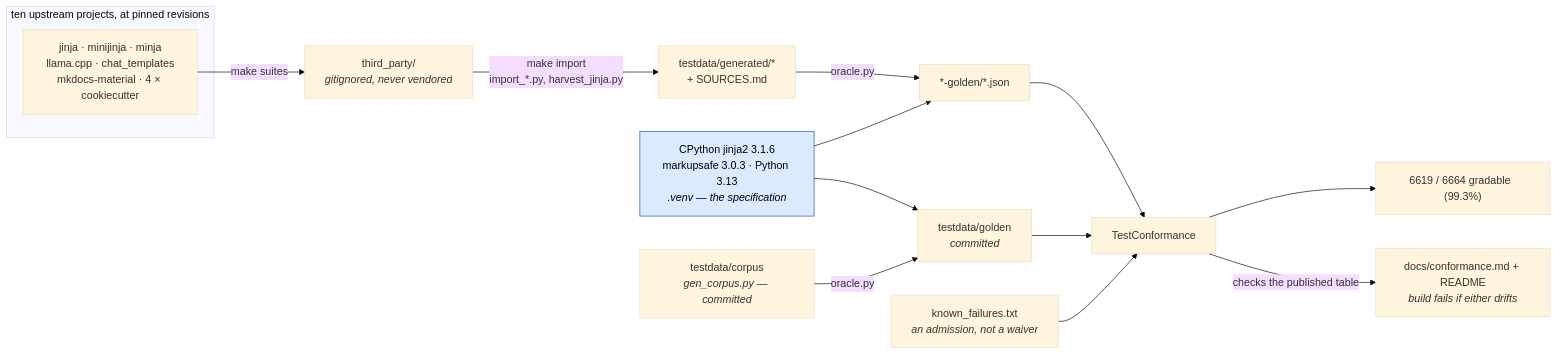
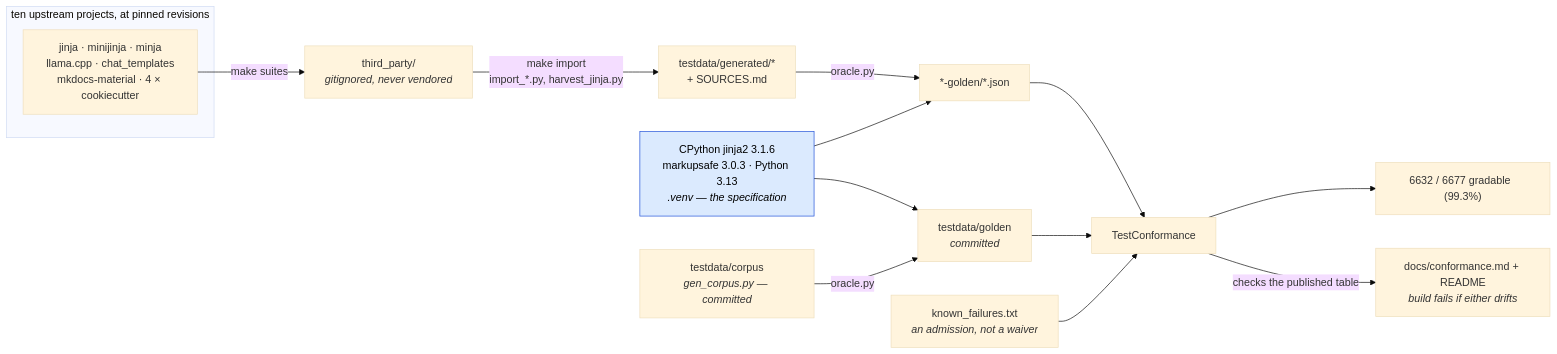
The first of 2 diagrams in docs/conformance.md (mgilbir/gojja2), drawn with Mermaid (base theme) before and after one commit. The commit also changed other lines of this file and 44 other files, not shown here.

````diff
--- a/docs/conformance.md
+++ b/docs/conformance.md
@@ -17,24 +17,24 @@
 ```mermaid
 flowchart LR
     subgraph up["ten upstream projects, at pinned revisions"]
         U1["jinja · minijinja · minja<br/>llama.cpp · chat_templates<br/>mkdocs-material · 4 × cookiecutter"]
     end
     U1 -->|"make suites"| TP["third_party/<br/><i>gitignored, never vendored</i>"]
     TP -->|"make import<br/>import_*.py, harvest_jinja.py"| GEN["testdata/generated/*<br/>+ SOURCES.md"]
 
     ORA["CPython jinja2 3.1.6<br/>markupsafe 3.0.3 · Python 3.13<br/><i>.venv — the specification</i>"]
     GEN -->|"oracle.py"| G2["*-golden/*.json"]
     ORA --> G2
 
     OWN["testdata/corpus<br/><i>gen_corpus.py — committed</i>"] -->|"oracle.py"| G1["testdata/golden<br/><i>committed</i>"]
     ORA --> G1
 
     G1 --> TC["TestConformance"]
     G2 --> TC
     KF["known_failures.txt<br/><i>an admission, not a waiver</i>"] --> TC
-    TC --> RATE["6619 / 6664 gradable  (99.3%)"]
+    TC --> RATE["6632 / 6677 gradable  (99.3%)"]
     TC -->|"checks the published table"| RM["docs/conformance.md + README<br/><i>build fails if either drifts</i>"]
 
     classDef spec fill:#dbeafe,stroke:#1d4ed8,color:#000
     class ORA spec
 ```
````
